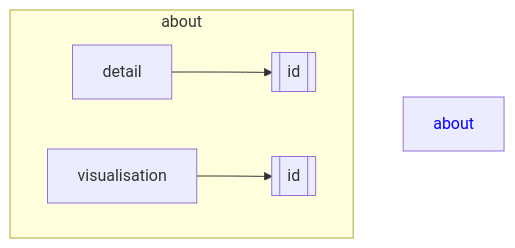
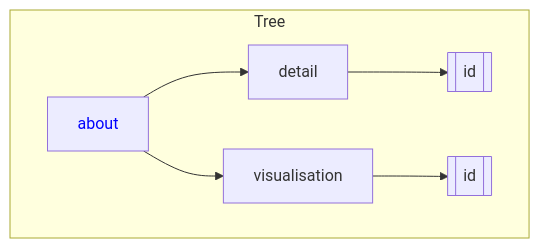
The diagram in draft-delete.md (Khosiyat/Algorithms), drawn with Mermaid before and after one commit.

````diff
--- a/draft-delete.md
+++ b/draft-delete.md
@@ -1,14 +1,16 @@
 ```mermaid
 graph TD
     A["<span style='color:blue'>about</span>"] 
     B[detail]
     C[[id]]
     D[visualisation]
     E[[id]]
 
-    subgraph about
+    subgraph Tree
+        A --> B
         B --> C
+        A --> D
         D --> E
     end
 
 ```
````
